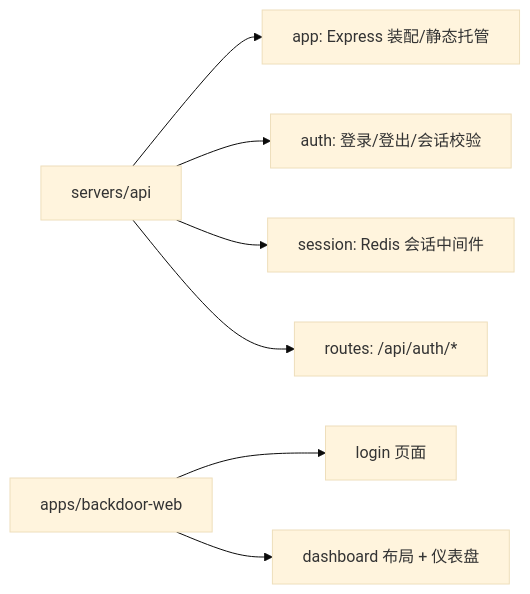
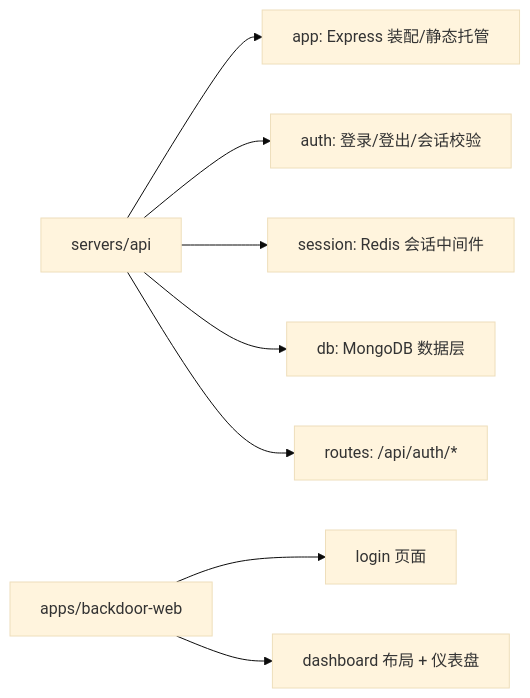
Before and after one commit to Deliay/sumire: the second of 2 diagrams in docs/engineering/proposals/2026-08-12-backdoor-auth-proposal.md, drawn with Mermaid (base theme). The commit also changed other lines of this file and 1 other file, not shown here.

Commit message:
docs: 技术方案补充 MongoDB 持久化，servers/api 独立域名 api.sumire.live

````diff
--- a/docs/engineering/proposals/2026-08-12-backdoor-auth-proposal.md
+++ b/docs/engineering/proposals/2026-08-12-backdoor-auth-proposal.md
@@ -77,9 +80,10 @@
 ```mermaid
 graph LR
     A[servers/api] --> B[app: Express 装配/静态托管]
     A --> C[auth: 登录/登出/会话校验]
     A --> D[session: Redis 会话中间件]
-    A --> E[routes: /api/auth/*]
-    F[apps/backdoor-web] --> G[login 页面]
-    F --> H[dashboard 布局 + 仪表盘]
+    A --> E[db: MongoDB 数据层]
+    A --> F[routes: /api/auth/*]
+    G[apps/backdoor-web] --> H[login 页面]
+    G --> I[dashboard 布局 + 仪表盘]
 ```
````
